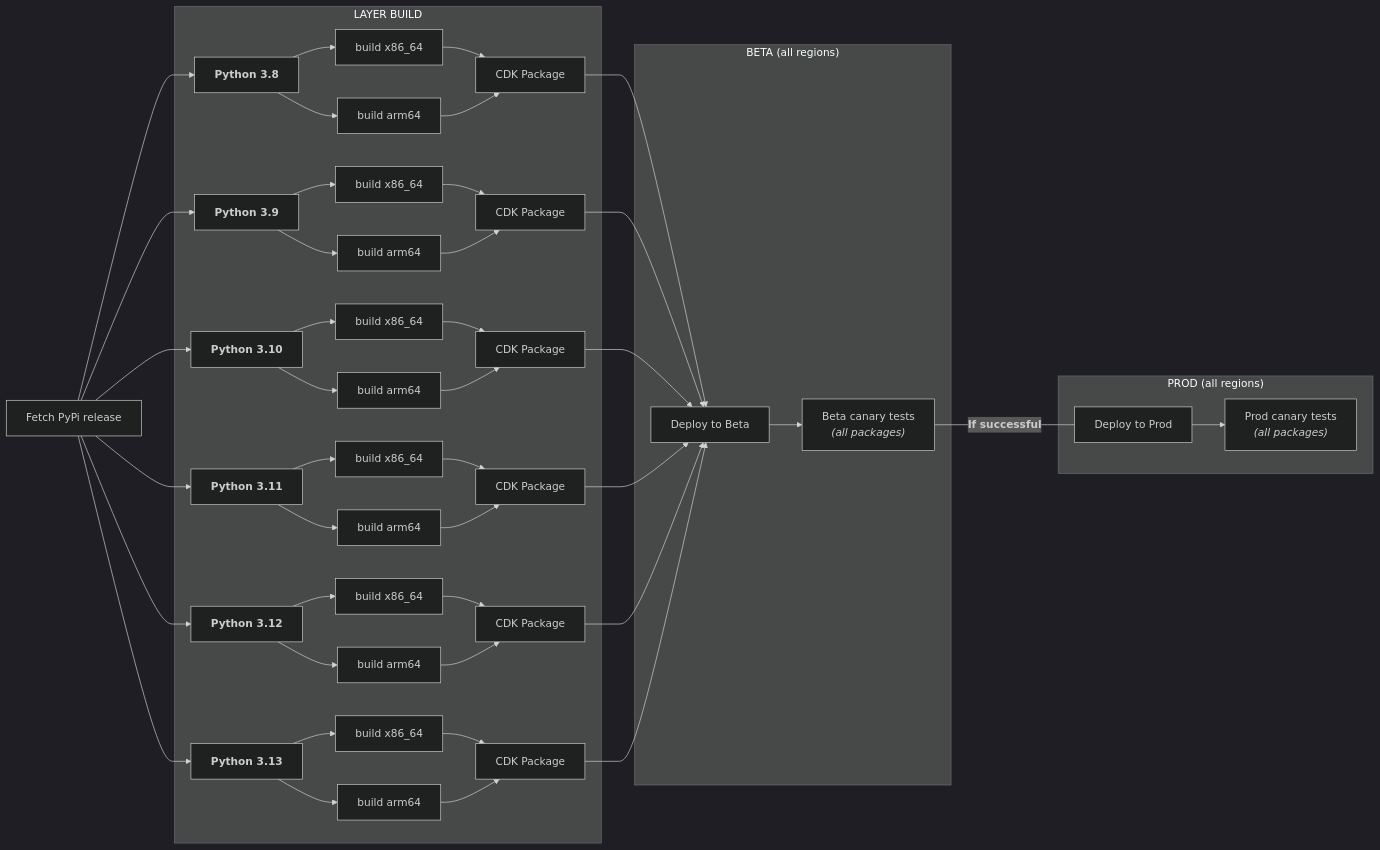
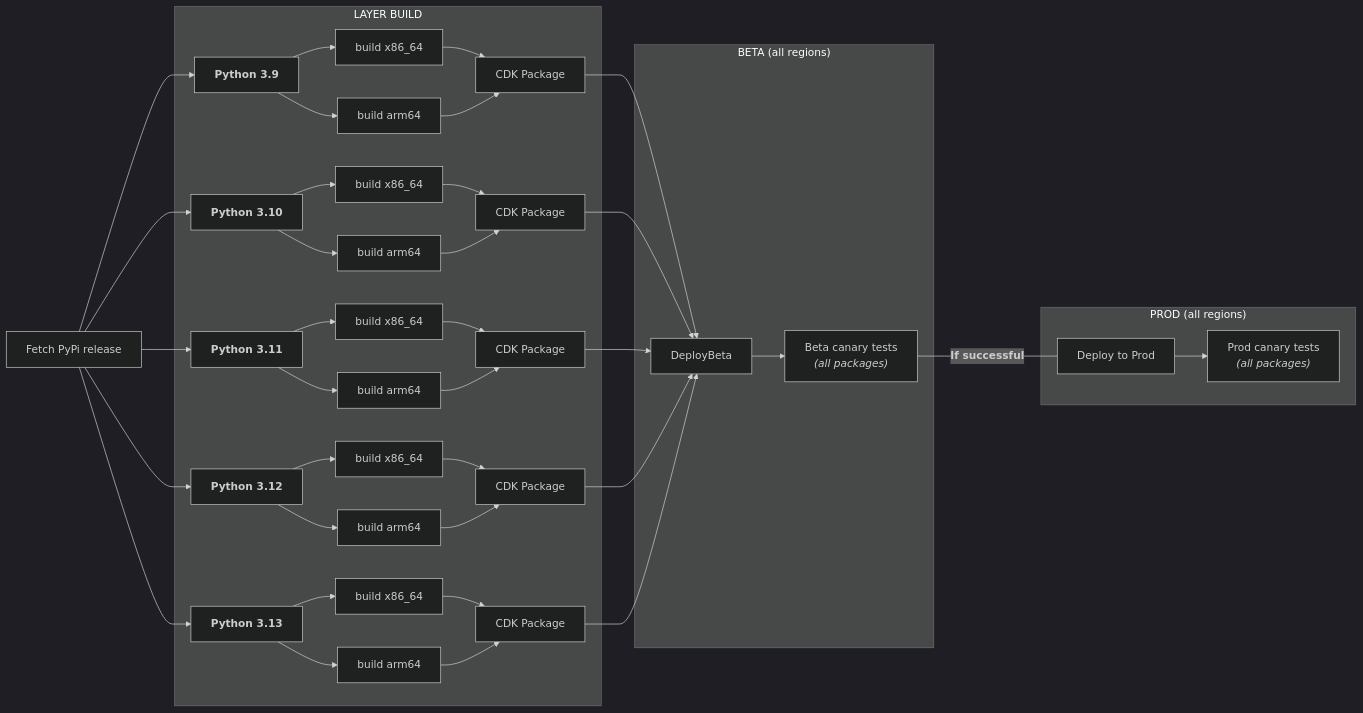
Before and after one commit to aws-powertools/powertools-lambda-python: the diagram in docs/automation.md, drawn with Mermaid (dark theme). The commit also changed 7 other files, not shown here.

````diff
--- a/docs/automation.md
+++ b/docs/automation.md
@@ -107,51 +107,44 @@
 ```mermaid
 graph LR
-    Fetch[Fetch PyPi release] --> P38[<strong>Python 3.8</strong>]
-    Fetch --> P39[<strong>Python 3.9</strong>]
+    Fetch[Fetch PyPi release] --> P39[<strong>Python 3.9</strong>]
     Fetch --> P310[<strong>Python 3.10</strong>]
     Fetch --> P311[<strong>Python 3.11</strong>]
     Fetch --> P312[<strong>Python 3.12</strong>]
     Fetch --> P313[<strong>Python 3.13</strong>]
 
     subgraph build ["LAYER BUILD"]
-      P38 --> P38x86[build x86_64]
-      P38 --> P38arm64[build arm64]
-
       P39 --> P39x86[build x86_64]
       P39 --> P39arm64[build arm64]
       P310 --> P310x86[build x86_64]
       P310 --> P310arm64[build arm64]
       P311 --> P311x86[build x86_64]
       P311 --> P311arm64[build arm64]
       P312 --> P312x86[build x86_64]
       P312 --> P312arm64[build arm64]
       P313 --> P313x86[build x86_64]
       P313 --> P313arm64[build arm64]
-      P38x86 --> CDKP1[CDK Package]
-      P38arm64 --> CDKP1[CDK Package]
       P39x86 --> CDKP2[CDK Package]
       P39arm64 --> CDKP2[CDK Package]
       P310x86 --> CDKP3[CDK Package]
       P310arm64 --> CDKP3[CDK Package]
       P311x86 --> CDKP4[CDK Package]
       P311arm64 --> CDKP4[CDK Package]
       P312x86 --> CDKP5[CDK Package]
       P312arm64 --> CDKP5[CDK Package]
       P313x86 --> CDKP6[CDK Package]
       P313arm64 --> CDKP6[CDK Package]
     end
 
     subgraph beta ["BETA (all regions)"]
-      CDKP1 --> DeployBeta[Deploy to Beta]
       CDKP2 --> DeployBeta
       CDKP3 --> DeployBeta
       CDKP4 --> DeployBeta
       CDKP5 --> DeployBeta
       CDKP6 --> DeployBeta
       DeployBeta --> RunBetaCanary["Beta canary tests<br> <i>(all packages)</i>"]
     end
     subgraph prod ["PROD (all regions)"]
         RunBetaCanary---|<strong>If successful</strong>|DeployProd[Deploy to Prod]
         DeployProd --> RunProdCanary["Prod canary tests<br> <i>(all packages)</i>"]
     end
 ```
````
